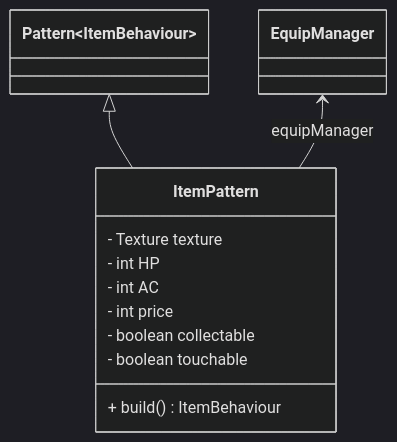
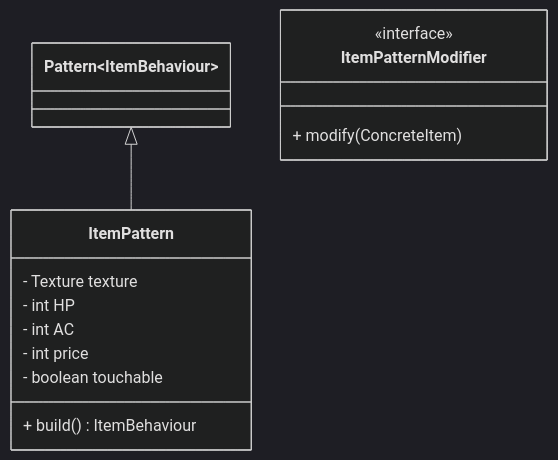
Diagram 25 of 37 in class_design/Version_0_1.md (StrangeClone/GreatGame), drawn with Mermaid (dark theme) before and after one commit. The commit also changed other lines of this file and 11 other files, not shown here.

````diff
--- a/class_design/Version_0_1.md
+++ b/class_design/Version_0_1.md
@@ -1083,14 +1083,16 @@
 ```mermaid
 classDiagram
     class ItemPattern {
         - Texture texture
         - int HP
         - int AC
         - int price
-        - boolean collectable
         - boolean touchable
         + build() ItemBehaviour
     }
     Pattern~ItemBehaviour~ <|-- ItemPattern
-    EquipManager <-- ItemPattern : equipManager
+    class ItemPatternModifier {
+        <<interface>>
+        + modify(ConcreteItem)
+    }
 ```
````
